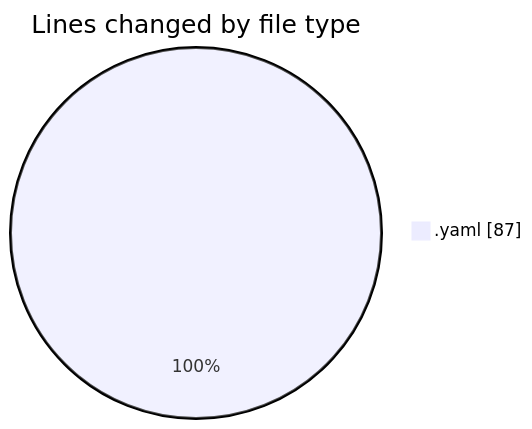
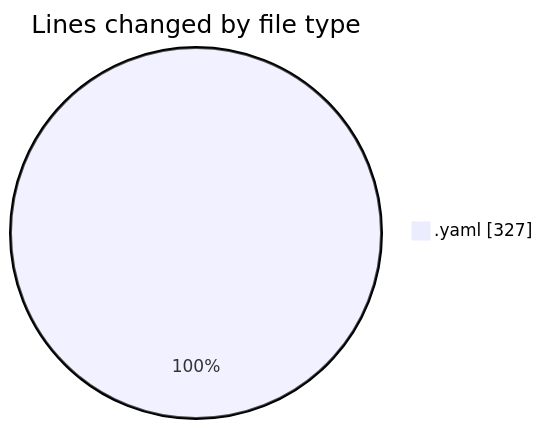
Before and after one commit to nxtqubesakshisongat/code-tracking: the first of 2 diagrams in 2026-07-10/argos_orchestrator/README.md, drawn with Mermaid. The commit also changed other lines of this file and 1 other file, not shown here.

````diff
--- a/2026-07-10/argos_orchestrator/README.md
+++ b/2026-07-10/argos_orchestrator/README.md
@@ -21,5 +22,5 @@
 ```mermaid
 pie showData
 title Lines changed by file type
-".yaml" : 87
+".yaml" : 327
 ```
````
